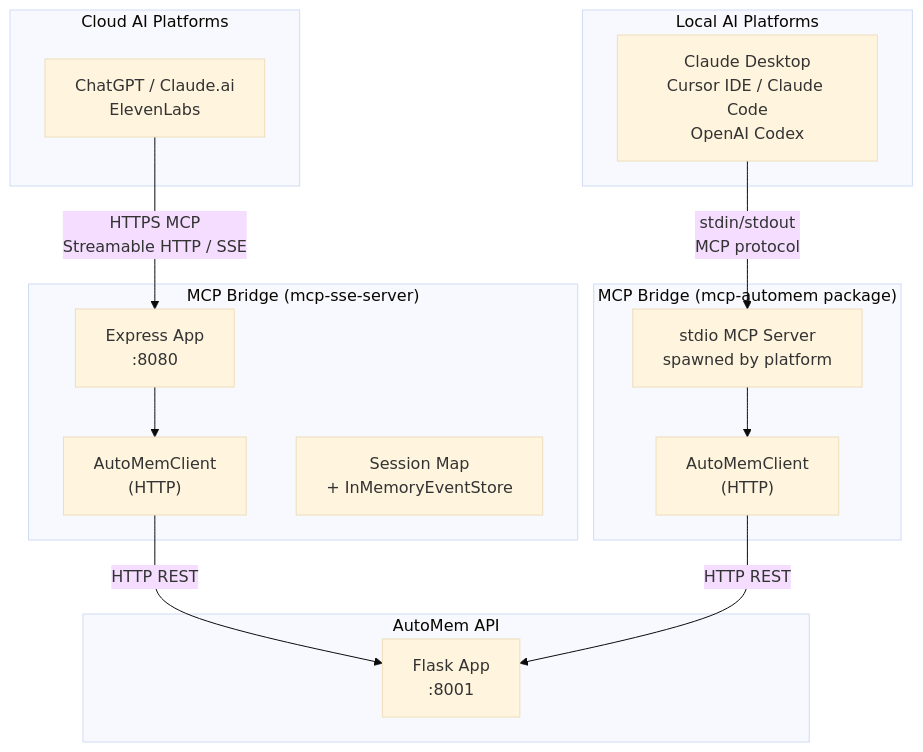
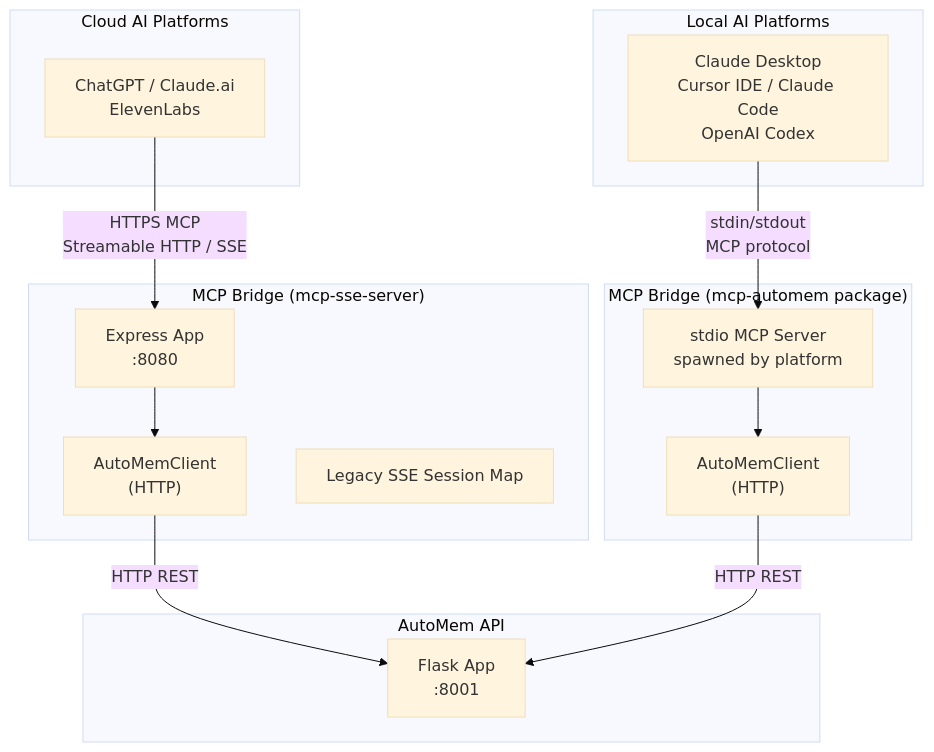
One commit to verygoodplugins/automem-website changed the first of 6 diagrams in src/content/docs/docs/architecture/mcp-bridge.md. Above: the diagram before and after it, drawn with Mermaid (base theme). The commit also changed other lines of this file, not shown here.

Commit message:
docs: correct MCP bridge session model

````diff
--- a/src/content/docs/docs/architecture/mcp-bridge.md
+++ b/src/content/docs/docs/architecture/mcp-bridge.md
@@ -29,33 +29,33 @@
 ```mermaid
 graph TB
     subgraph "Cloud AI Platforms"
         ChatGPT["ChatGPT / Claude.ai<br/>ElevenLabs"]
     end
 
     subgraph "Local AI Platforms"
         LocalAI["Claude Desktop<br/>Cursor IDE / Claude Code<br/>OpenAI Codex"]
     end
 
     subgraph "MCP Bridge (mcp-sse-server)"
         Express["Express App<br/>:8080"]
         AutoMemClientSSE["AutoMemClient<br/>(HTTP)"]
-        Sessions["Session Map<br/>+ InMemoryEventStore"]
+        Sessions["Legacy SSE Session Map"]
     end
 
     subgraph "MCP Bridge (mcp-automem package)"
         StdioServer["stdio MCP Server<br/>spawned by platform"]
         AutoMemClientLocal["AutoMemClient<br/>(HTTP)"]
     end
 
     subgraph "AutoMem API"
         Flask["Flask App<br/>:8001"]
     end
 
     ChatGPT -->|"HTTPS MCP<br/>Streamable HTTP / SSE"| Express
     Express --> AutoMemClientSSE
     AutoMemClientSSE -->|"HTTP REST"| Flask
 
     LocalAI -->|"stdin/stdout<br/>MCP protocol"| StdioServer
     StdioServer --> AutoMemClientLocal
     AutoMemClientLocal -->|"HTTP REST"| Flask
 ```
````
